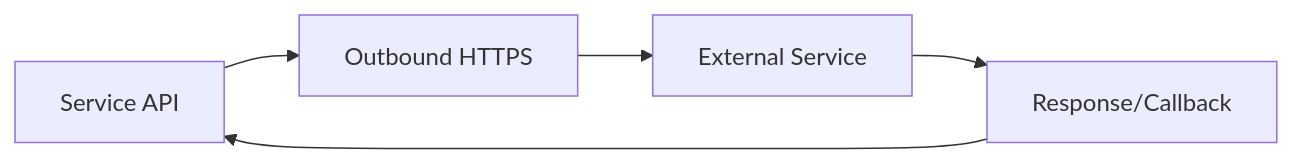
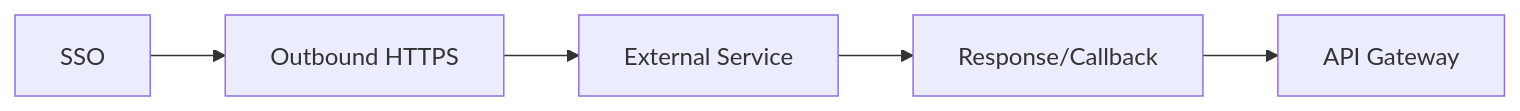
Before and after one commit to CVThien2k2/joytab: the seventh of 8 diagrams in docs/system-architecture-20260522.md, drawn with Mermaid. The commit also changed other lines of this file and 3 other files, not shown here.

Commit message:
docs: reflect api-gateway + sso edge-auth architecture

````diff
--- a/docs/system-architecture-20260522.md
+++ b/docs/system-architecture-20260522.md
@@ -78,7 +140,7 @@
 ```mermaid
 flowchart LR
-  API[Service API] --> OUT[Outbound HTTPS]
+  SSO[SSO] --> OUT[Outbound HTTPS]
   OUT --> EXT[External Service]
   EXT --> IN[Response/Callback]
-  IN --> API
+  IN --> GW[API Gateway]
 ```
````
